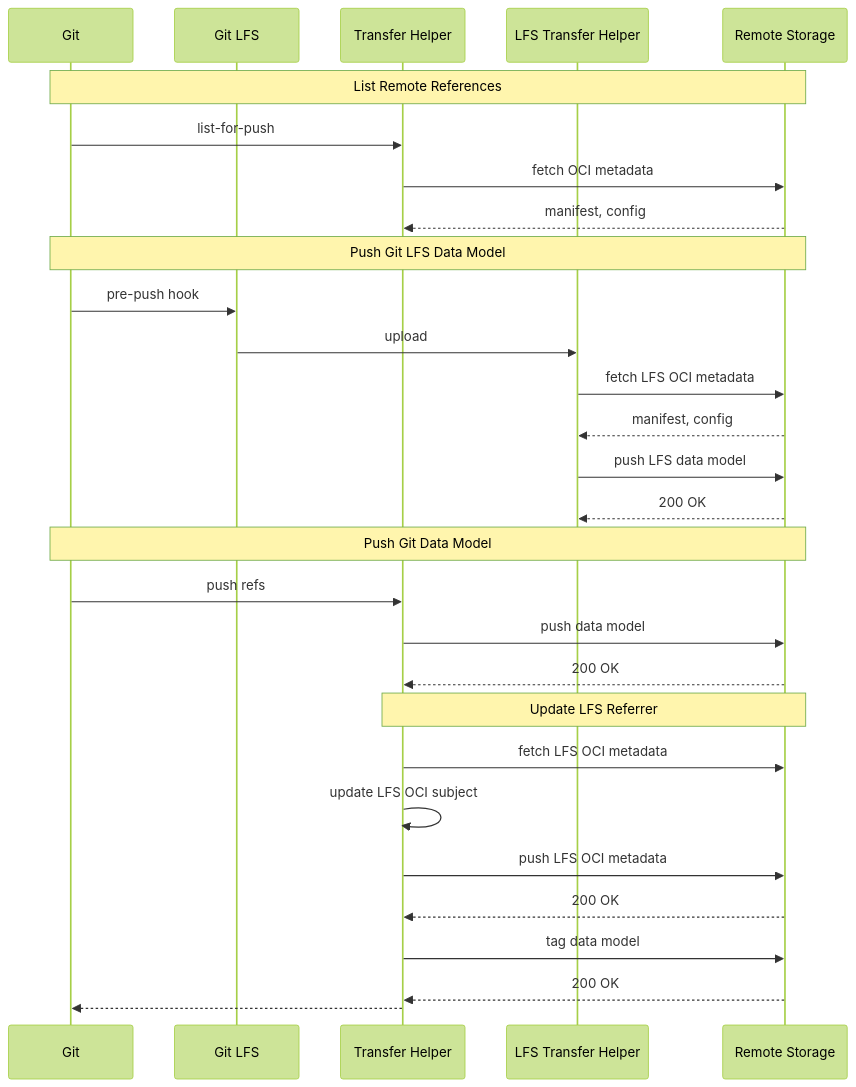
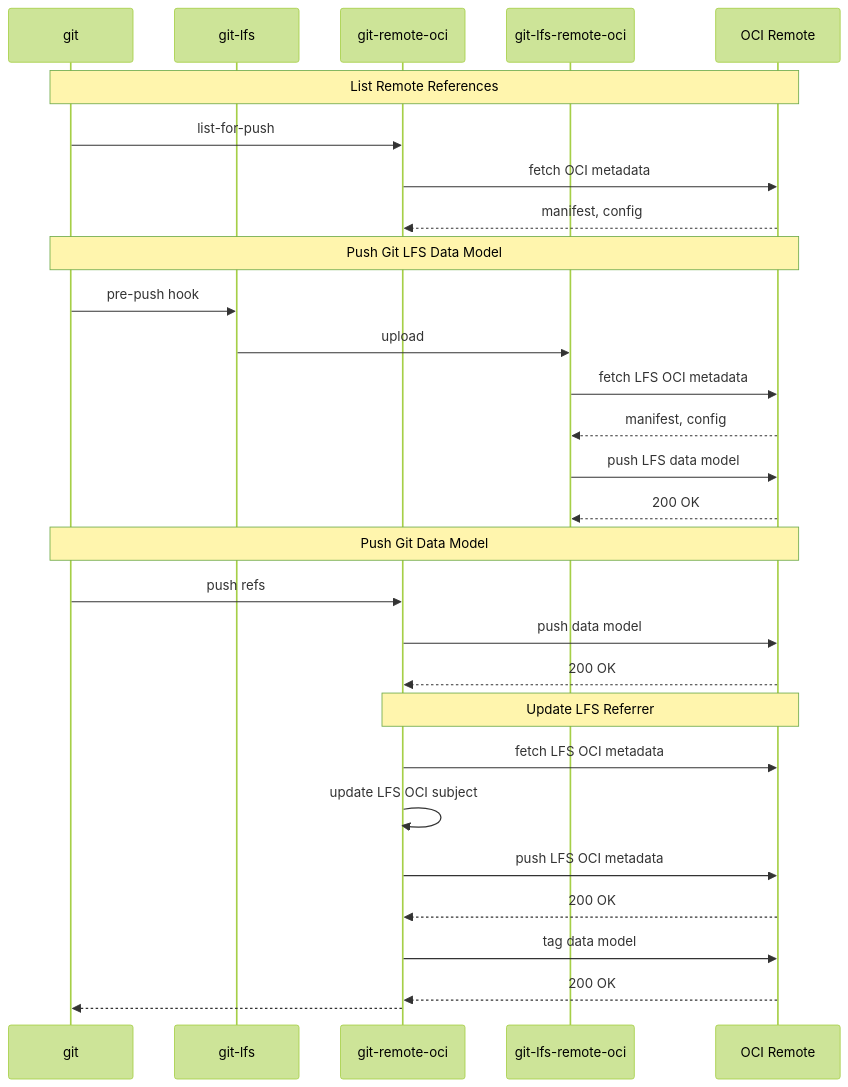
One commit to act3-ai/gnoci changed the diagram in docs/diagrams/sequence/combined.md. Above: the diagram before and after it, drawn with Mermaid (forest theme). The commit also changed other lines of this file, not shown here.

Commit message:
update combined sequence diagram

````diff
--- a/docs/diagrams/sequence/combined.md
+++ b/docs/diagrams/sequence/combined.md
@@ -17,37 +53,38 @@
 ```mermaid
 sequenceDiagram
-    participant Git as Git
-    participant LFS as Git LFS
-    participant Helper as Transfer Helper
-    participant LFSHelper as LFS Transfer Helper
-    participant Remote as Remote Storage
+    participant Git as git
+    participant LFS as git-lfs
+    participant Helper as git-remote-oci
+    participant LFSHelper as git-lfs-remote-oci
+    participant Remote as OCI Remote
+    
     
     Note over Git,Remote: List Remote References
     Git->>Helper: list-for-push
     Helper->>Remote: fetch OCI metadata
     Remote-->>Helper: manifest, config
 
     Note over Git,Remote: Push Git LFS Data Model
     Git->>LFS: pre-push hook
     LFS->>LFSHelper: upload
     LFSHelper->>Remote: fetch LFS OCI metadata
     Remote-->>LFSHelper: manifest, config
     LFSHelper->>Remote: push LFS data model
     Remote-->>LFSHelper: 200 OK
 
 
     Note over Git,Remote: Push Git Data Model
     Git->>Helper: push refs
     Helper->>Remote: push data model
     Remote-->>Helper: 200 OK
 
     Note over Helper,Remote: Update LFS Referrer
     Helper->>Remote: fetch LFS OCI metadata
     Helper->>Helper: update LFS OCI subject
     Helper->>Remote: push LFS OCI metadata
     Remote-->>Helper: 200 OK
     Helper->>Remote: tag data model
     Remote-->>Helper: 200 OK
     Helper-->>Git:
 
 ```
````
